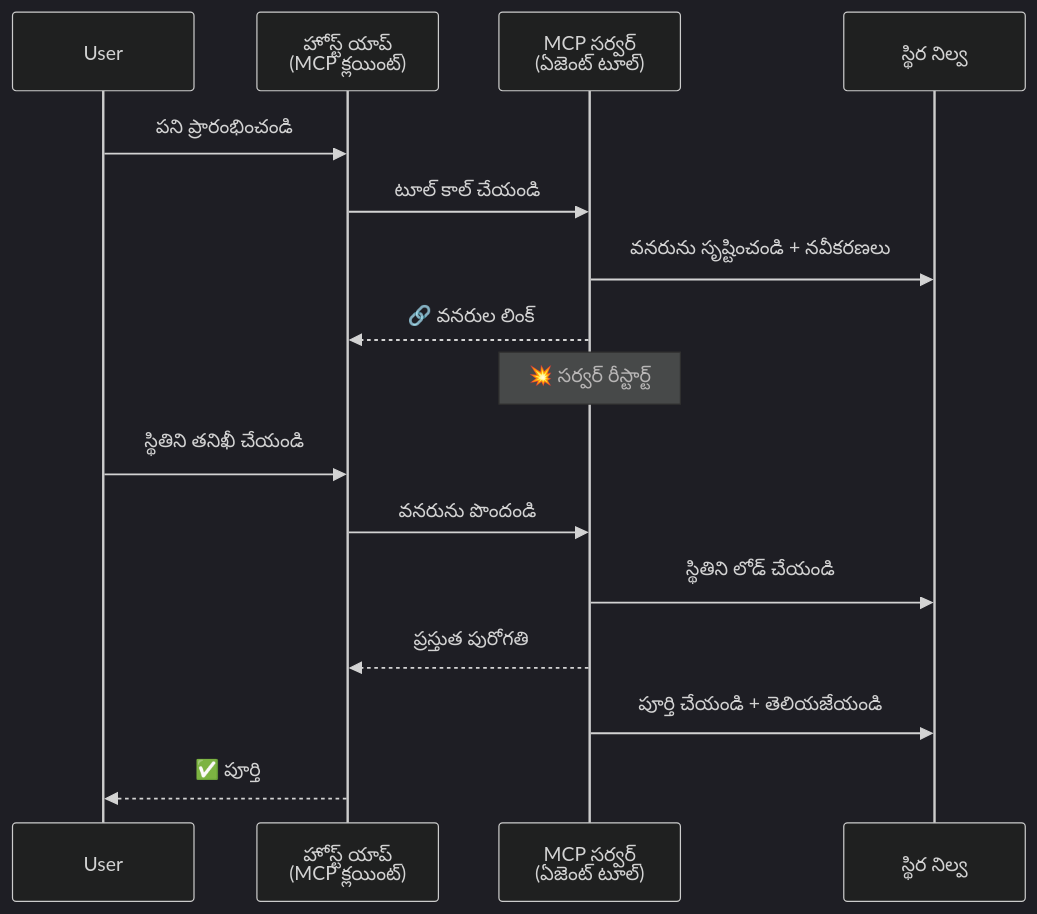
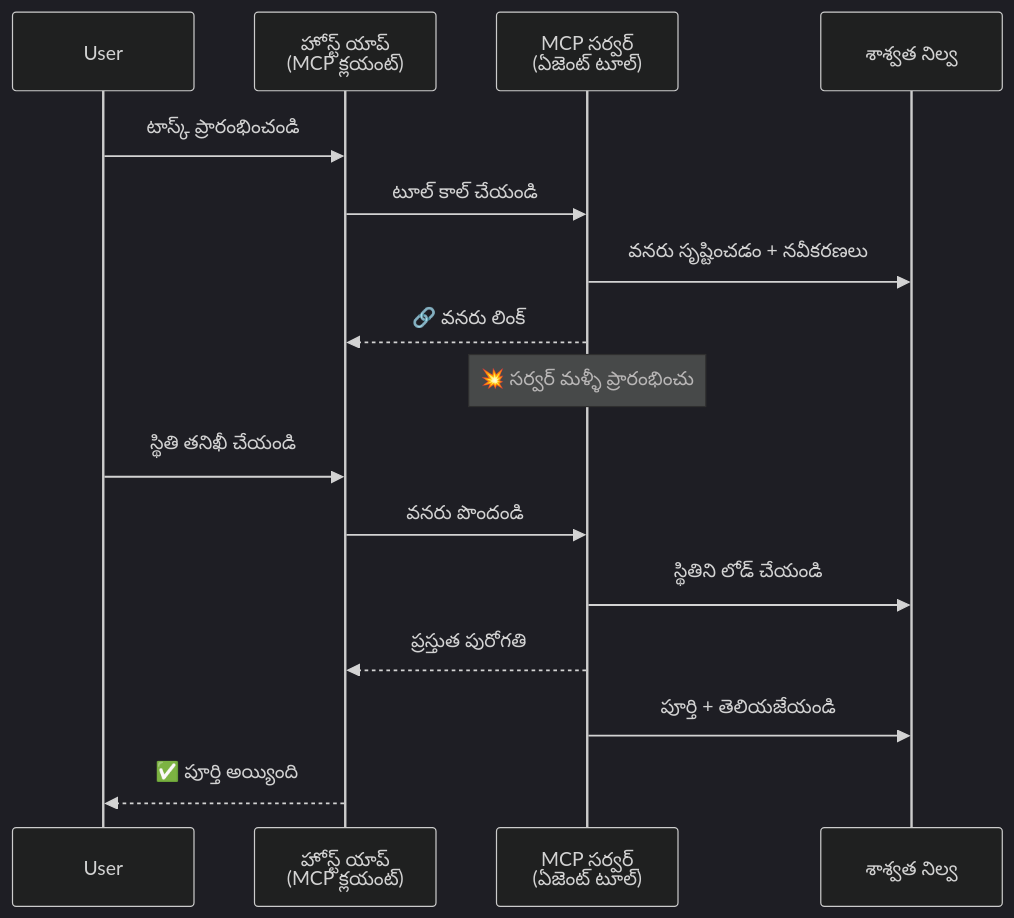
One commit to microsoft/ai-agents-for-beginners changed the third of 5 diagrams in translations/te/11-agentic-protocols/code_samples/mcp-agents/README.md. Above: the diagram before and after it, drawn with Mermaid (dark theme). The commit also changed other lines of this file and 224 other files, not shown here.

````diff
--- a/translations/te/11-agentic-protocols/code_samples/mcp-agents/README.md
+++ b/translations/te/11-agentic-protocols/code_samples/mcp-agents/README.md
@@ -121,21 +123,21 @@
 ```mermaid
 sequenceDiagram
     participant User
-    participant Host as హోస్ట్ యాప్<br/>(MCP క్లయింట్)
+    participant Host as హోస్ట్ యాప్<br/>(MCP క్లయంట్)
     participant Server as MCP సర్వర్<br/>(ఏజెంట్ టూల్)
-    participant DB as స్థిర నిల్వ
+    participant DB as శాశ్వత నిల్వ
 
-    User->>Host: పని ప్రారంభించండి
+    User->>Host: టాస్క్ ప్రారంభించండి
     Host->>Server: టూల్ కాల్ చేయండి
-    Server->>DB: వనరును సృష్టించండి + నవీకరణలు
-    Server-->>Host: 🔗 వనరుల లింక్
+    Server->>DB: వనరు సృష్టించడం + నవీకరణలు
+    Server-->>Host: 🔗 వనరు లింక్
 
-    Note over Server: 💥 సర్వర్ రీస్టార్ట్
+    Note over Server: 💥 సర్వర్ మళ్ళీ ప్రారంభించు
 
-    User->>Host: స్థితిని తనిఖీ చేయండి
-    Host->>Server: వనరును పొందండి
+    User->>Host: స్థితి తనిఖీ చేయండి
+    Host->>Server: వనరు పొందండి
     Server->>DB: స్థితిని లోడ్ చేయండి
     Server-->>Host: ప్రస్తుత పురోగతి
-    Server->>DB: పూర్తి చేయండి + తెలియజేయండి
-    Host-->>User: ✅ పూర్తి
+    Server->>DB: పూర్తి + తెలియజేయండి
+    Host-->>User: ✅ పూర్తి అయ్యింది
 ```
````
